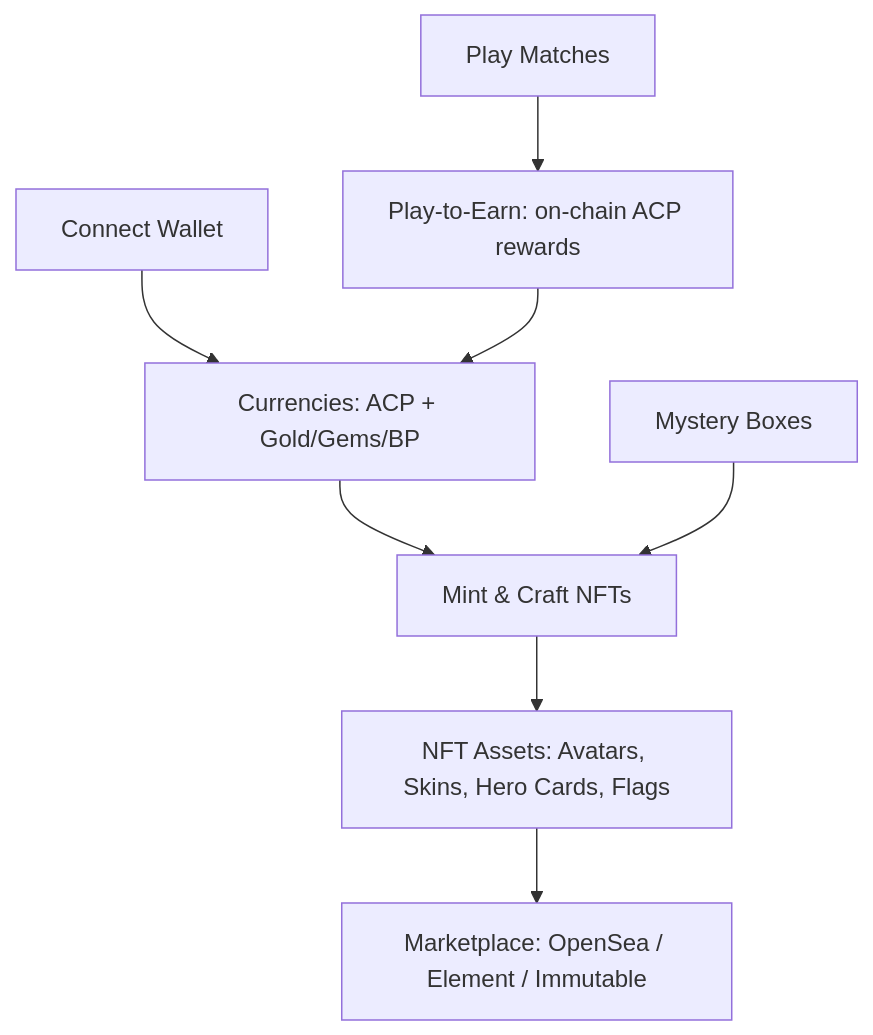
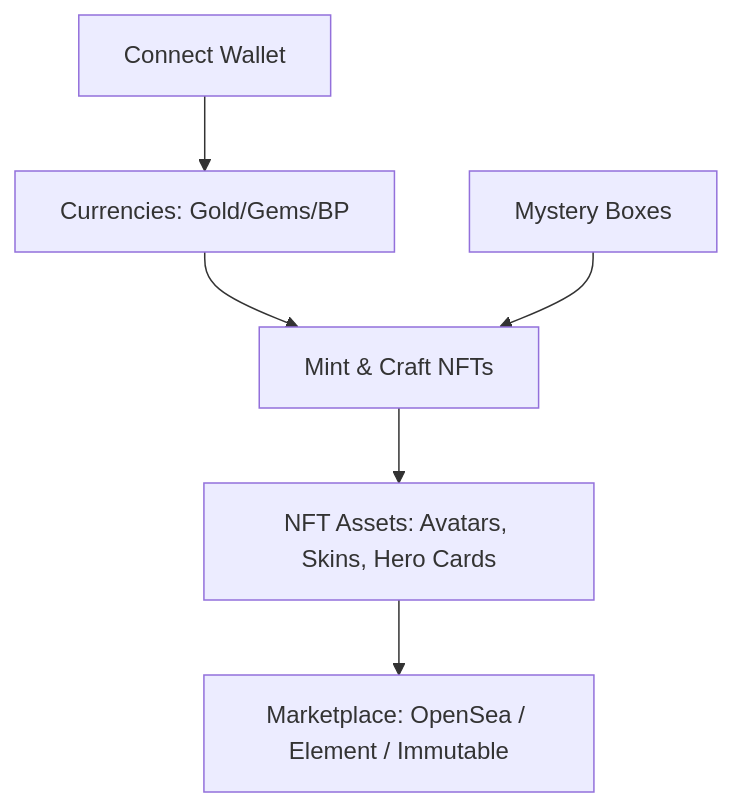
Before and after one commit to jinhaozheng/debellum-gitbook: the diagram in nft-economy/README.md, drawn with Mermaid. The commit also changed other lines of this file and 11 other files, not shown here.

````diff
--- a/nft-economy/README.md
+++ b/nft-economy/README.md
@@ -23,10 +23,8 @@
 ```mermaid
 graph TD
-    W[Connect Wallet] --> C[Currencies: ACP + Gold/Gems/BP]
+    W[Connect Wallet] --> C[Currencies: Gold/Gems/BP]
     C --> Mint[Mint & Craft NFTs]
     Box[Mystery Boxes] --> Mint
-    Mint --> Assets[NFT Assets: Avatars, Skins, Hero Cards, Flags]
+    Mint --> Assets[NFT Assets: Avatars, Skins, Hero Cards]
     Assets --> Market[Marketplace: OpenSea / Element / Immutable]
-    Play[Play Matches] --> Earn[Play-to-Earn: on-chain ACP rewards]
-    Earn --> C
 ```
````
